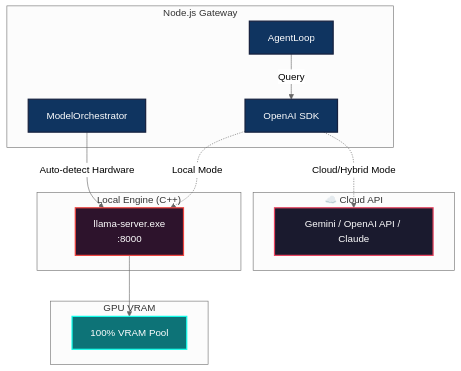
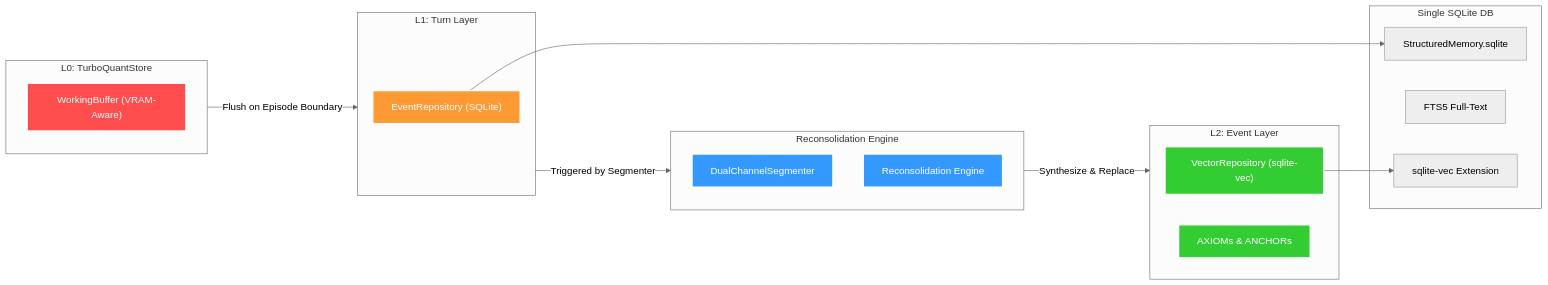
One commit to DuongNAD/LIVA changed the third of 4 diagrams in docs/codebase_architecture.md. Above: the diagram before and after it, drawn with Mermaid (neutral theme). The commit also changed other lines of this file and 10 other files, not shown here.

Commit message:
docs: update architecture documents and gitnexus skills

````diff
--- a/docs/codebase_architecture.md
+++ b/docs/codebase_architecture.md
@@ -315,38 +195,43 @@
 ```mermaid
-graph TD
-    subgraph Gateway ["Node.js Gateway"]
-        AgentLoop["AgentLoop"]
-        Orchestrator["ModelOrchestrator"]
-        AIClient["OpenAI SDK"]
+graph LR
+    subgraph L0 ["L0: TurboQuantStore"]
+        WorkingBuffer["WorkingBuffer (VRAM-Aware)"]
     end
 
-    subgraph LocalEngine ["Local Engine (C++)"]
-        LlamaServer["llama-server.exe<br/>:8000"]
+    subgraph L1 ["L1: Turn Layer"]
+        EventRepository["EventRepository (SQLite)"]
     end
 
-    subgraph GPU ["GPU VRAM"]
-        VRAM["100% VRAM Pool"]
+    subgraph L2 ["L2: Event Layer"]
+        VectorRepository["VectorRepository (sqlite-vec)"]
+        Axioms["AXIOMs & ANCHORs"]
     end
 
-    subgraph CloudAPI ["☁️ Cloud API"]
-        Gemini["Gemini / OpenAI API / Claude"]
+    subgraph Engine ["Reconsolidation Engine"]
+        DualChannelSegmenter["DualChannelSegmenter"]
+        Reconsolidation["Reconsolidation Engine"]
     end
 
-    AgentLoop -->|"Query"| AIClient
-    Orchestrator -->|"Auto-detect Hardware"| LlamaServer
+    subgraph Storage ["Single SQLite DB"]
+        SQLite["StructuredMemory.sqlite"]
+        FTS5["FTS5 Full-Text"]
+        SqliteVec["sqlite-vec Extension"]
+    end
+
+    L0 -->|"Flush on Episode Boundary"| L1
+    L1 -->|"Triggered by Segmenter"| Engine
+    Engine -->|"Synthesize & Replace"| L2
     
-    AIClient -.->|"Local Mode"| LlamaServer
-    AIClient -.->|"Cloud/Hybrid Mode"| Gemini
-
-    LlamaServer --> VRAM
-
-    classDef gw fill:#0f3460,stroke:#16213e,stroke-width:2px,color:#fff
-    classDef py fill:#2d132c,stroke:#ee4540,stroke-width:2px,color:#fff
-    classDef gpu fill:#0d7377,stroke:#14ffec,stroke-width:2px,color:#fff
-    classDef cloud fill:#1a1a2e,stroke:#e94560,stroke-width:2px,color:#fff
-
-    class AgentLoop,Orchestrator,AIClient gw
-    class LlamaServer py
-    class VRAM gpu
-    class Gemini cloud
+    EventRepository --> SQLite
+    VectorRepository --> SqliteVec
+    
+    classDef l0 fill:#ff4d4d,stroke:#fff,stroke-width:2px,color:#fff
+    classDef l1 fill:#ff9933,stroke:#fff,stroke-width:2px,color:#fff
+    classDef l2 fill:#33cc33,stroke:#fff,stroke-width:2px,color:#fff
+    classDef engine fill:#3399ff,stroke:#fff,stroke-width:2px,color:#fff
+    
+    class WorkingBuffer l0
+    class EventRepository l1
+    class VectorRepository,Axioms l2
+    class DualChannelSegmenter,Reconsolidation engine
 ```
````
